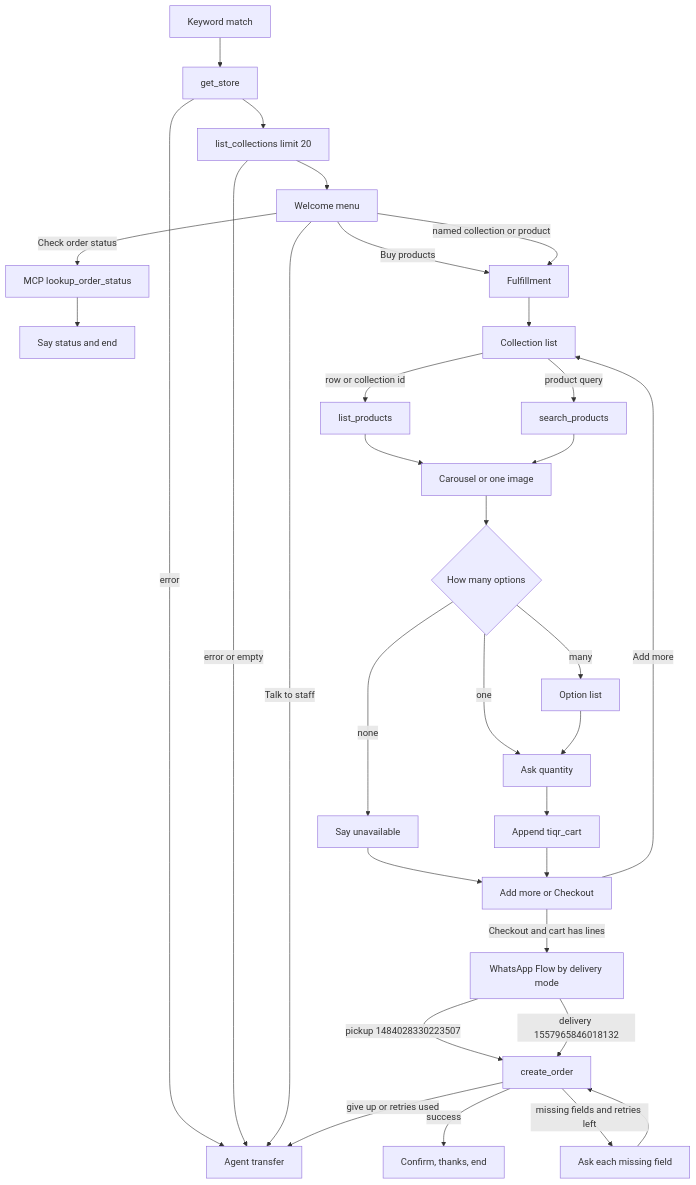
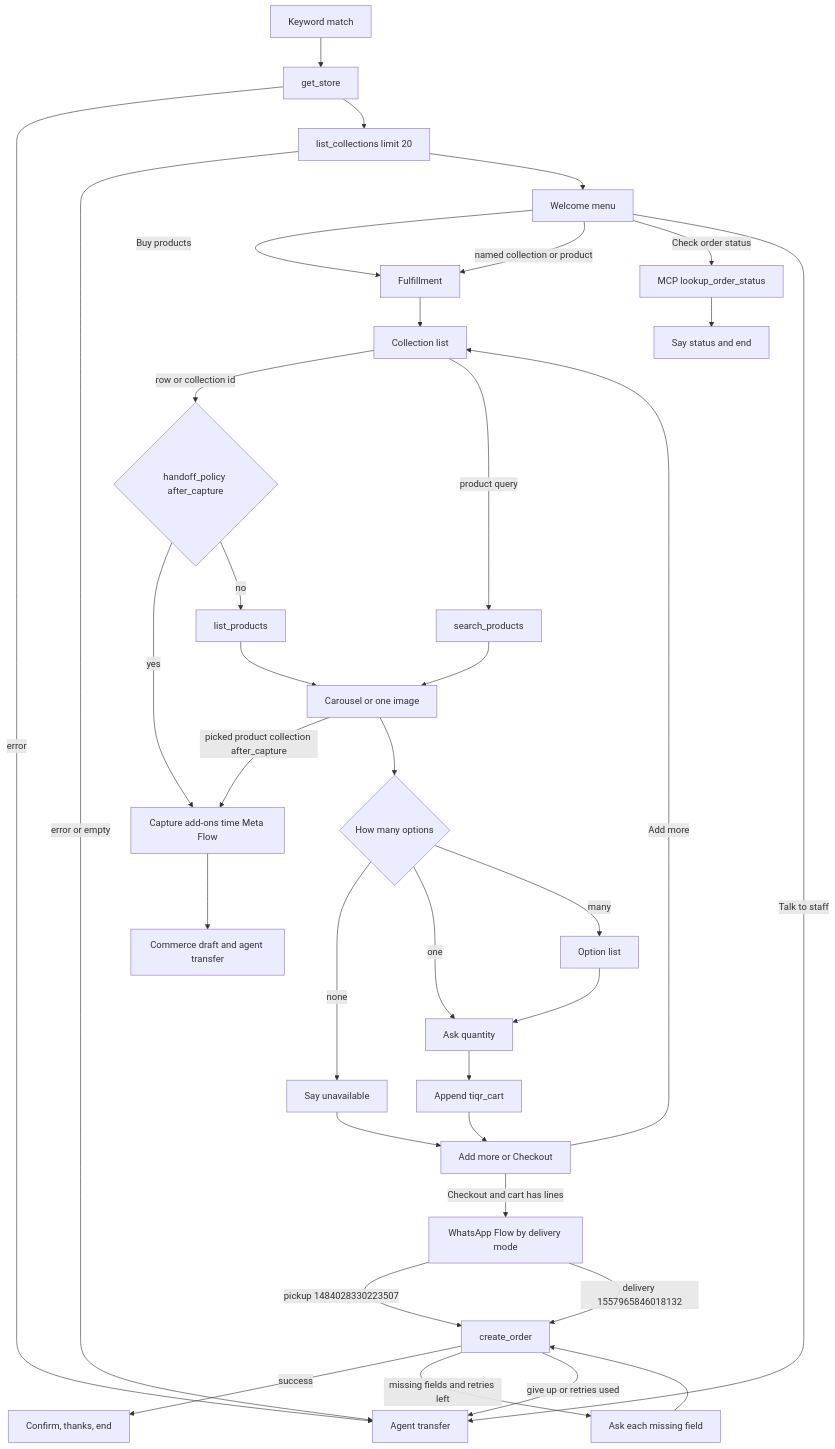
The diagram in docs/tiqr-ecommerce-coded-flow.md (Ticker-Events/whatomate), drawn with Mermaid before and after one commit. The commit also changed other lines of this file and 334 other files, not shown here.

Commit message:
Add graphify and manage handoff

````diff
--- a/docs/tiqr-ecommerce-coded-flow.md
+++ b/docs/tiqr-ecommerce-coded-flow.md
@@ -19,34 +19,38 @@
 ```mermaid
 flowchart TD
   kw[Keyword match] --> store[get_store]
   store -->|error| xfer[Agent transfer]
   store --> cols["list_collections limit 20"]
   cols -->|error or empty| xfer
   cols --> menu[Welcome menu]
   menu -->|Buy products| ful[Fulfillment]
   menu -->|named collection or product| ful
   menu -->|Check order status| look[MCP lookup_order_status]
   menu -->|Talk to staff| xfer
   look --> endStatus[Say status and end]
   ful --> list[Collection list]
-  list -->|row or collection id| prod[list_products]
+  list -->|row or collection id| policy{handoff_policy after_capture}
+  policy -->|yes| themed[Capture add-ons time Meta Flow]
+  themed --> commerceXfer[Commerce draft and agent transfer]
+  policy -->|no| prod[list_products]
   list -->|product query| search[search_products]
-  prod --> show[Carousel or one image]
-  search --> show
+  search --> show[Carousel or one image]
+  prod --> show
+  show -->|picked product collection after_capture| themed
   show --> opt{How many options}
   opt -->|none| skip[Say unavailable]
   opt -->|one| qty[Ask quantity]
   opt -->|many| olist[Option list]
   olist --> qty
   qty --> cart[Append tiqr_cart]
   skip --> next[Add more or Checkout]
   cart --> next
   next -->|Add more| list
   next -->|Checkout and cart has lines| flow[WhatsApp Flow by delivery mode]
   flow -->|pickup 1484028330223507| create[create_order]
   flow -->|delivery 1557965846018132| create
   create -->|success| done[Confirm, thanks, end]
   create -->|missing fields and retries left| fix[Ask each missing field]
   fix --> create
   create -->|give up or retries used| xfer
 ```
````
